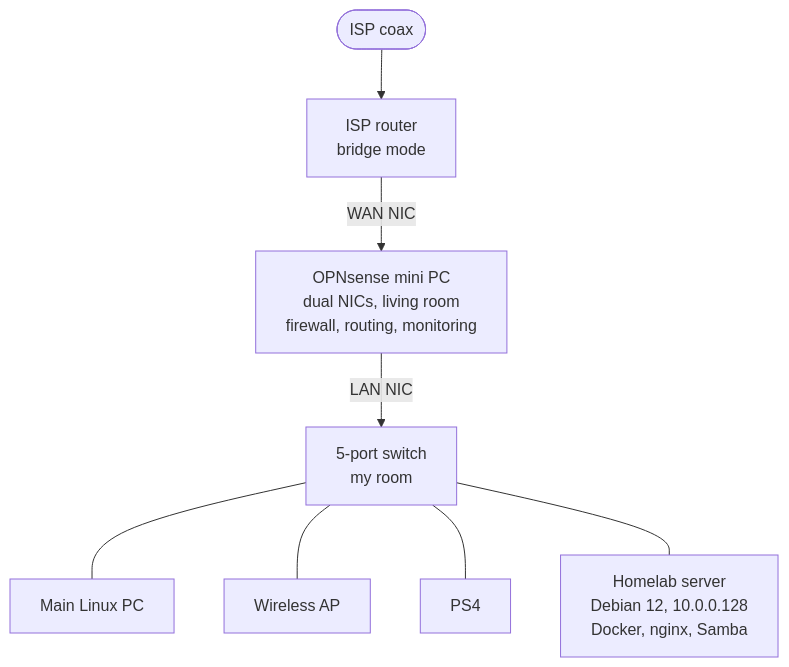
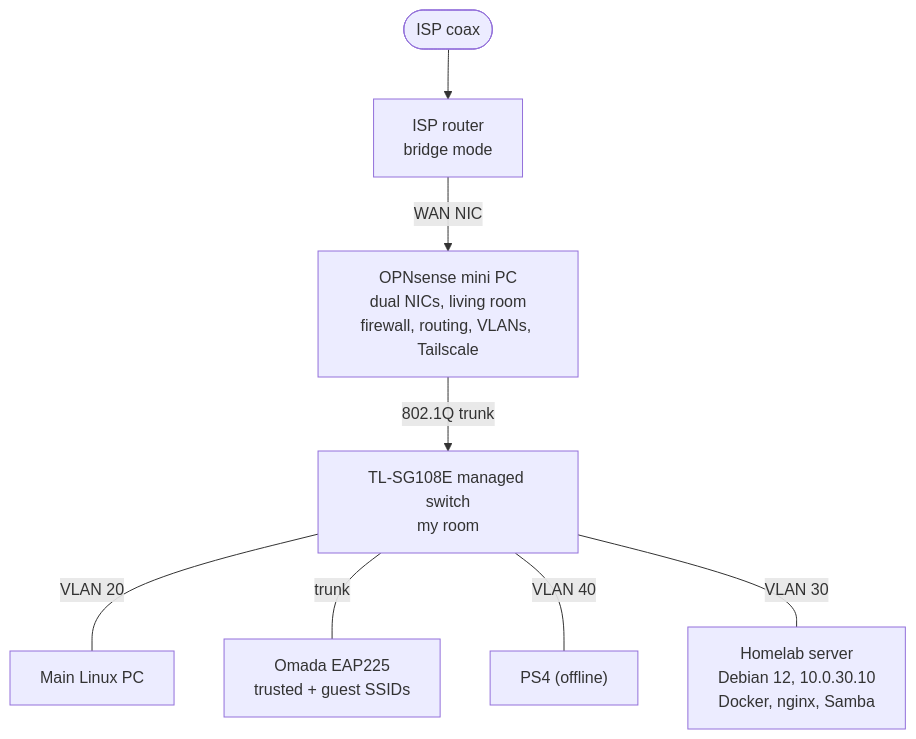
One commit to r3trolicia/homelab changed the diagram in README.md. Above: the diagram before and after it, drawn with Mermaid. The commit also changed other lines of this file and 3 other files, not shown here.

````diff
--- a/README.md
+++ b/README.md
@@ -15,10 +15,10 @@
 ```mermaid
 flowchart TD
     ISP(["ISP coax"]) --> MODEM["ISP router<br/>bridge mode"]
-    MODEM -->|"WAN NIC"| FW["OPNsense mini PC<br/>dual NICs, living room<br/>firewall, routing, monitoring"]
-    FW -->|"LAN NIC"| SW["5-port switch<br/>my room"]
-    SW --- PC["Main Linux PC"]
-    SW --- WAP["Wireless AP"]
-    SW --- PS4["PS4"]
-    SW --- LAB["Homelab server<br/>Debian 12, 10.0.0.128<br/>Docker, nginx, Samba"]
+    MODEM -->|"WAN NIC"| FW["OPNsense mini PC<br/>dual NICs, living room<br/>firewall, routing, VLANs, Tailscale"]
+    FW -->|"802.1Q trunk"| SW["TL-SG108E managed switch<br/>my room"]
+    SW ---|"VLAN 20"| PC["Main Linux PC"]
+    SW ---|"trunk"| WAP["Omada EAP225<br/>trusted + guest SSIDs"]
+    SW ---|"VLAN 40"| PS4["PS4 (offline)"]
+    SW ---|"VLAN 30"| LAB["Homelab server<br/>Debian 12, 10.0.30.10<br/>Docker, nginx, Samba"]
 ```
````
